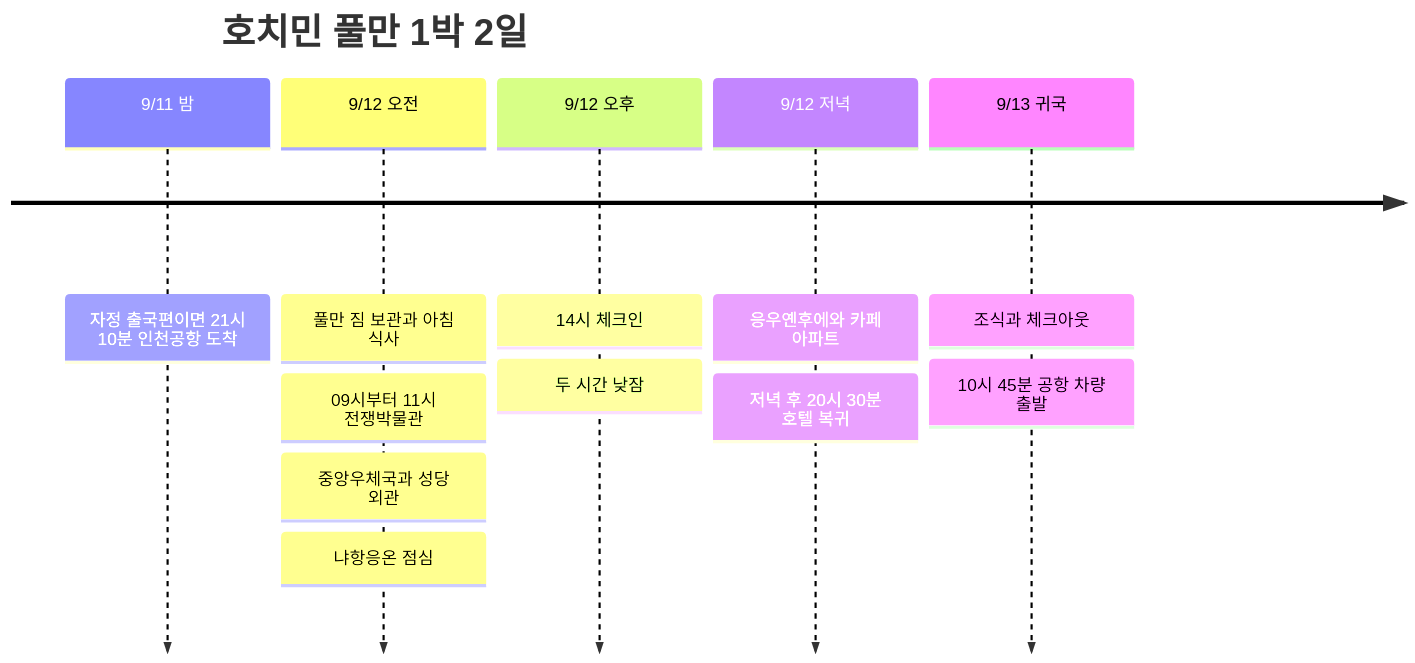
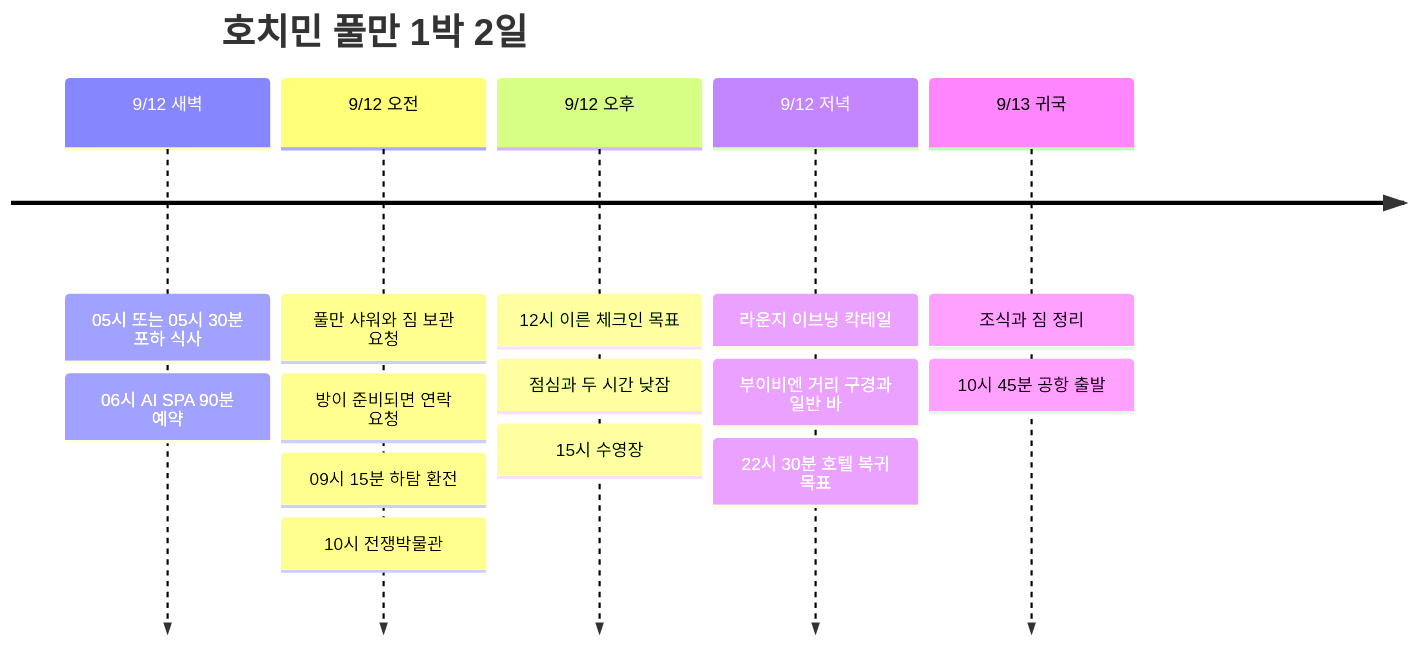
The diagram in src/content/posts/2026-09-12-ho-chi-minh-pullman.md (gongdongho12/commit-map), drawn with Mermaid before and after one commit. The commit also changed other lines of this file and 5 other files, not shown here.

````diff
--- a/src/content/posts/2026-09-12-ho-chi-minh-pullman.md
+++ b/src/content/posts/2026-09-12-ho-chi-minh-pullman.md
@@ -80,15 +110,18 @@
 ```mermaid
 timeline
   title 호치민 풀만 1박 2일
-  9/11 밤 : 자정 출국편이면 21시 10분 인천공항 도착
-  9/12 오전 : 풀만 짐 보관과 아침 식사
-             : 09시부터 11시 전쟁박물관
-             : 중앙우체국과 성당 외관
-             : 냐항응온 점심
-  9/12 오후 : 14시 체크인
-             : 두 시간 낮잠
-  9/12 저녁 : 응우옌후에와 카페 아파트
-             : 저녁 후 20시 30분 호텔 복귀
-  9/13 귀국 : 조식과 체크아웃
-             : 10시 45분 공항 차량 출발
+  9/12 새벽 : 05시 또는 05시 30분 포하 식사
+             : 06시 AI SPA 90분 예약
+  9/12 오전 : 풀만 샤워와 짐 보관 요청
+             : 방이 준비되면 연락 요청
+             : 09시 15분 하탐 환전
+             : 10시 전쟁박물관
+  9/12 오후 : 12시 이른 체크인 목표
+             : 점심과 두 시간 낮잠
+             : 15시 수영장
+  9/12 저녁 : 라운지 이브닝 칵테일
+             : 부이비엔 거리 구경과 일반 바
+             : 22시 30분 호텔 복귀 목표
+  9/13 귀국 : 조식과 짐 정리
+             : 10시 45분 공항 출발
 ```
````
